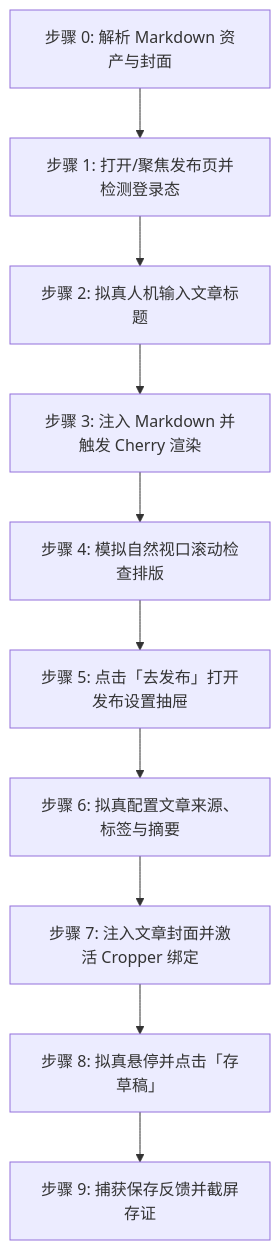
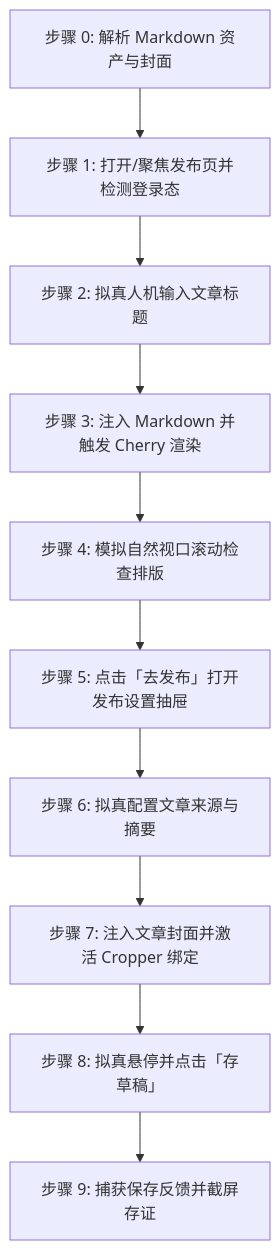
One commit to undsky/doudou-publish-skills changed the diagram in skills/doudou-tencent/SKILL.md. Above: the diagram before and after it, drawn with Mermaid. The commit also changed other lines of this file and 2 other files, not shown here.

````diff
--- a/skills/doudou-tencent/SKILL.md
+++ b/skills/doudou-tencent/SKILL.md
@@ -39,12 +39,12 @@
 ```mermaid
 flowchart TD
     S0[步骤 0: 解析 Markdown 资产与封面] --> S1[步骤 1: 打开/聚焦发布页并检测登录态]
     S1 --> S2[步骤 2: 拟真人机输入文章标题]
     S2 --> S3[步骤 3: 注入 Markdown 并触发 Cherry 渲染]
     S3 --> S4[步骤 4: 模拟自然视口滚动检查排版]
     S4 --> S5[步骤 5: 点击「去发布」打开发布设置抽屉]
-    S5 --> S6[步骤 6: 拟真配置文章来源、标签与摘要]
+    S5 --> S6[步骤 6: 拟真配置文章来源与摘要]
     S6 --> S7[步骤 7: 注入文章封面并激活 Cropper 绑定]
     S7 --> S8[步骤 8: 拟真悬停并点击「存草稿」]
     S8 --> S9[步骤 9: 捕获保存反馈并截屏存证]
 ```
````
